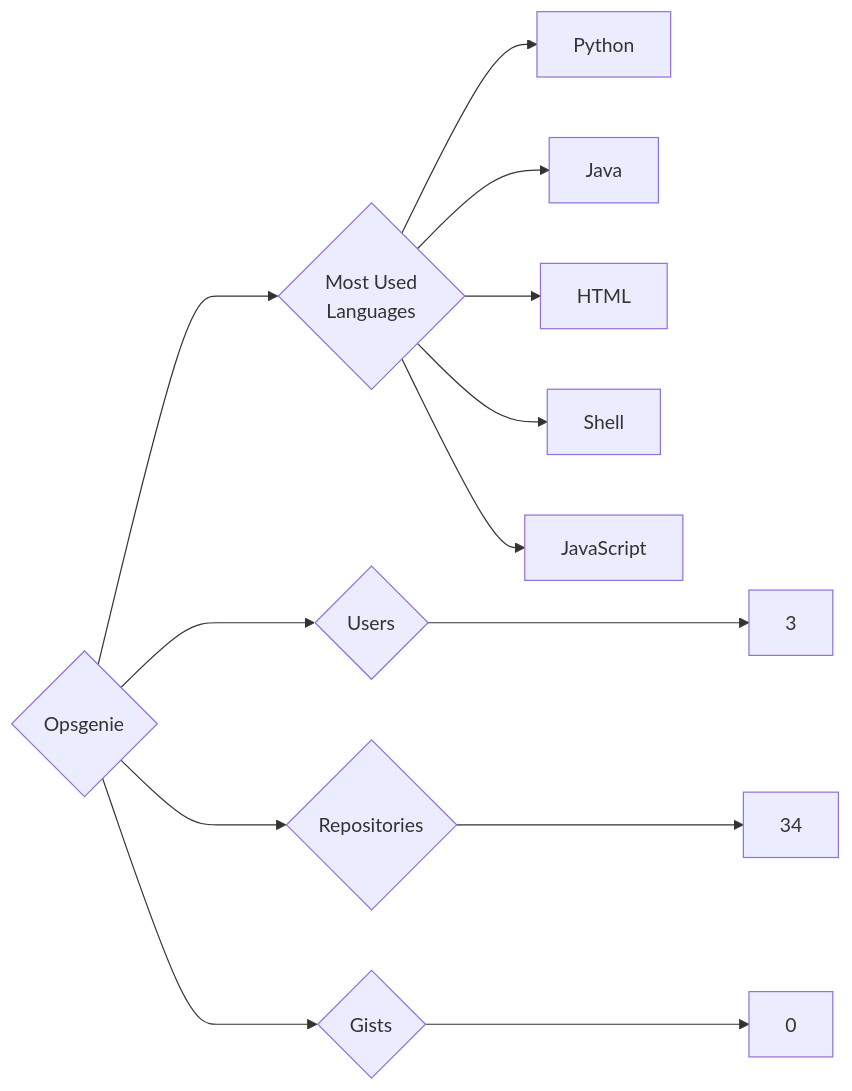
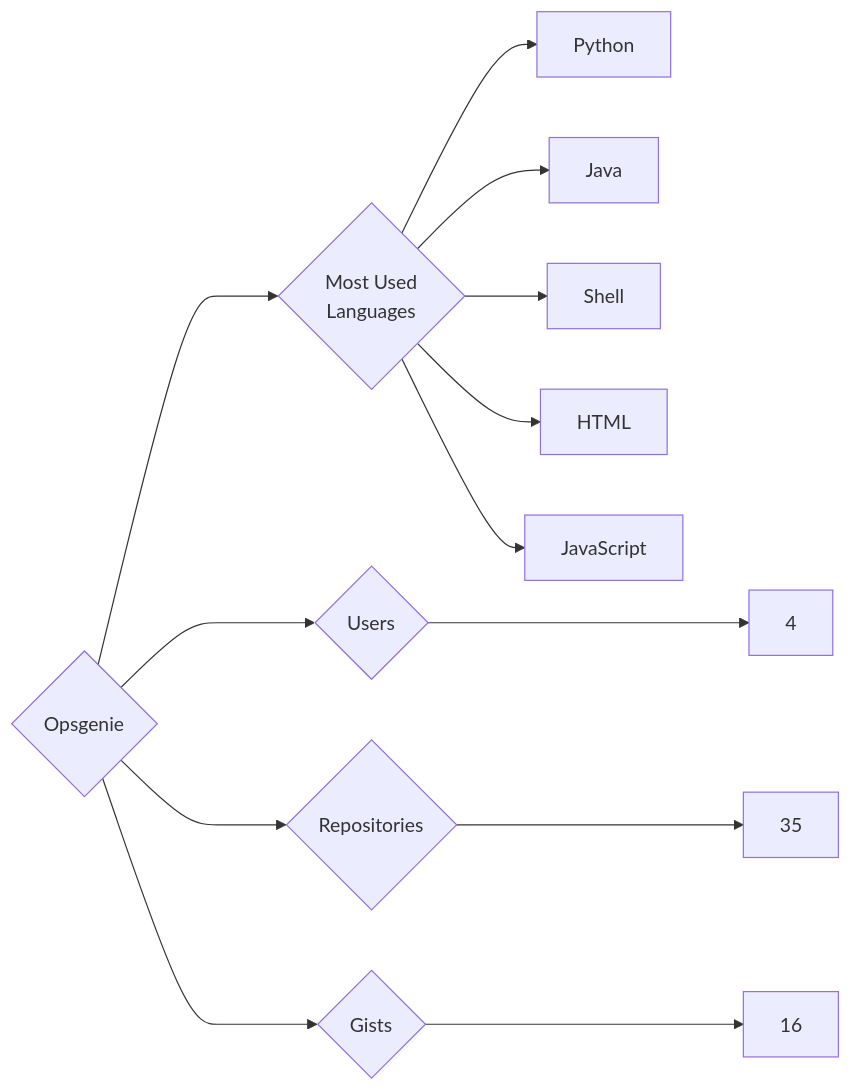
The diagram in targets/Opsgenie/README.md (trickest/insiders), drawn with Mermaid before and after one commit. The commit also changed 997 other files, not shown here.

````diff
--- a/targets/Opsgenie/README.md
+++ b/targets/Opsgenie/README.md
@@ -3,13 +3,13 @@
 ```mermaid
 graph LR
 COMPANY_NAME{Opsgenie}
-COMPANY_NAME ---> U{Users} ---> UN[3]
-COMPANY_NAME ---> R{Repositories} ---> RN[34]
-COMPANY_NAME ---> G{Gists} ---> GN[0]
+COMPANY_NAME ---> U{Users} ---> UN[4]
+COMPANY_NAME ---> R{Repositories} ---> RN[35]
+COMPANY_NAME ---> G{Gists} ---> GN[16]
 COMPANY_NAME ---> ML{Most Used<br>Languages}
-ML --> Python
-ML --> Java
-ML --> HTML
-ML --> Shell
-ML --> JavaScript
+ML --> Python[Python]
+ML --> Java[Java]
+ML --> Shell[Shell]
+ML --> HTML[HTML]
+ML --> JavaScript[JavaScript]
 ```
````
